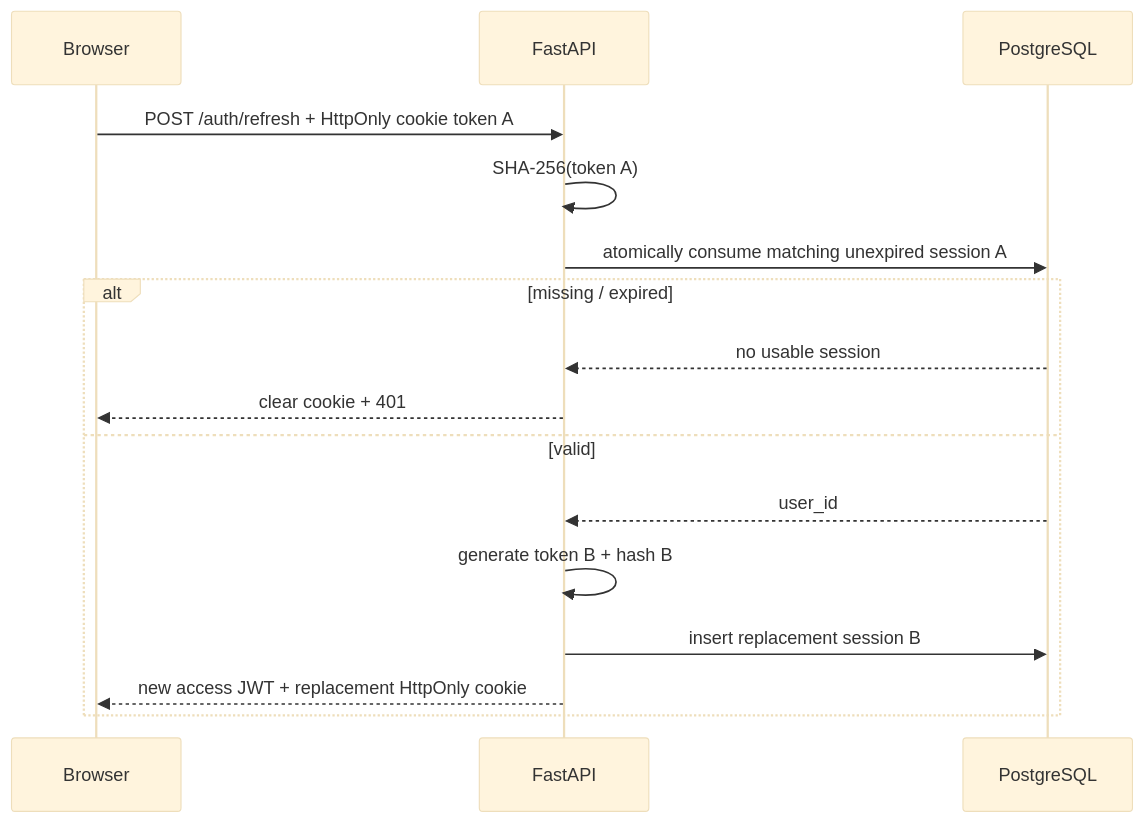
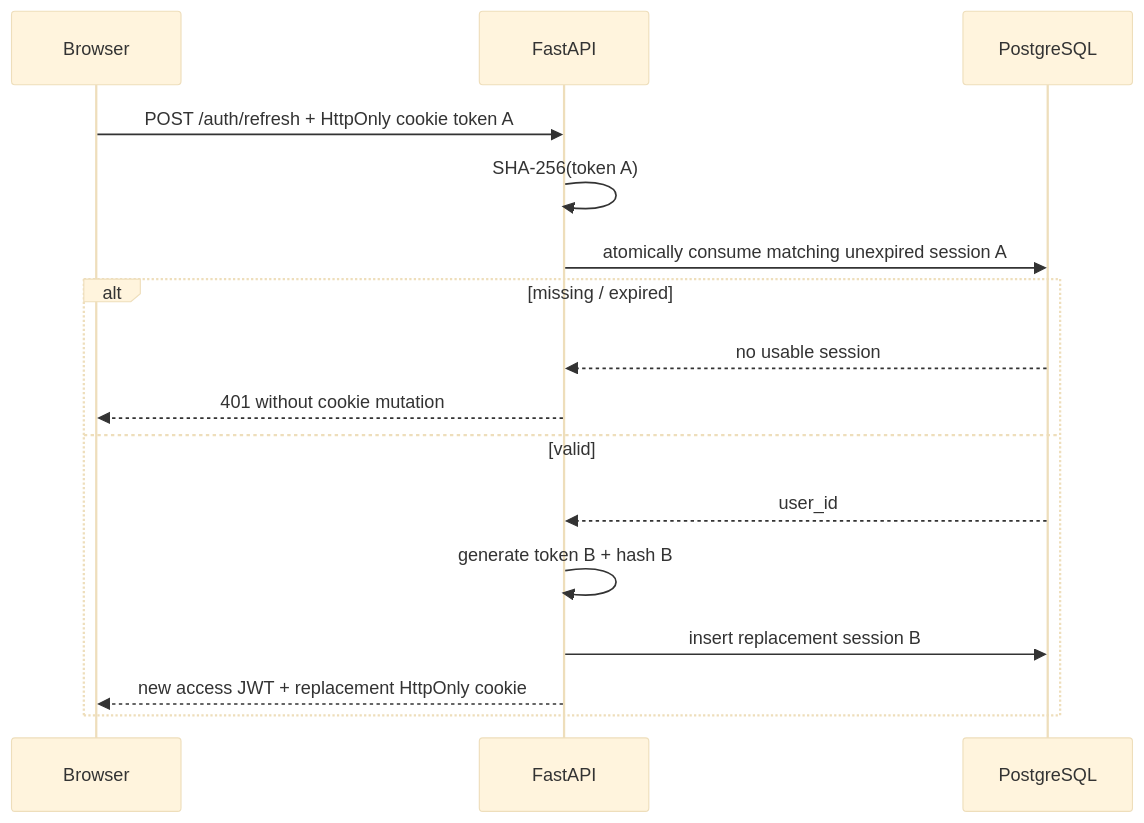
Before and after one commit to RyxnDmello/atlas: the third of 3 diagrams in prompts/PHASE_02/PLAN_01/PHASE_02_PLAN_01.md, drawn with Mermaid (base theme). The commit also changed other lines of this file and 29 other files, not shown here.

````diff
--- a/prompts/PHASE_02/PLAN_01/PHASE_02_PLAN_01.md
+++ b/prompts/PHASE_02/PLAN_01/PHASE_02_PLAN_01.md
@@ -610,19 +611,19 @@
 ```mermaid
 sequenceDiagram
     participant B as Browser
     participant A as FastAPI
     participant P as PostgreSQL
 
     B->>A: POST /auth/refresh + HttpOnly cookie token A
     A->>A: SHA-256(token A)
     A->>P: atomically consume matching unexpired session A
     alt missing / expired
         P-->>A: no usable session
-        A-->>B: clear cookie + 401
+        A-->>B: 401 without cookie mutation
     else valid
         P-->>A: user_id
         A->>A: generate token B + hash B
         A->>P: insert replacement session B
         A-->>B: new access JWT + replacement HttpOnly cookie
     end
 ```
````
